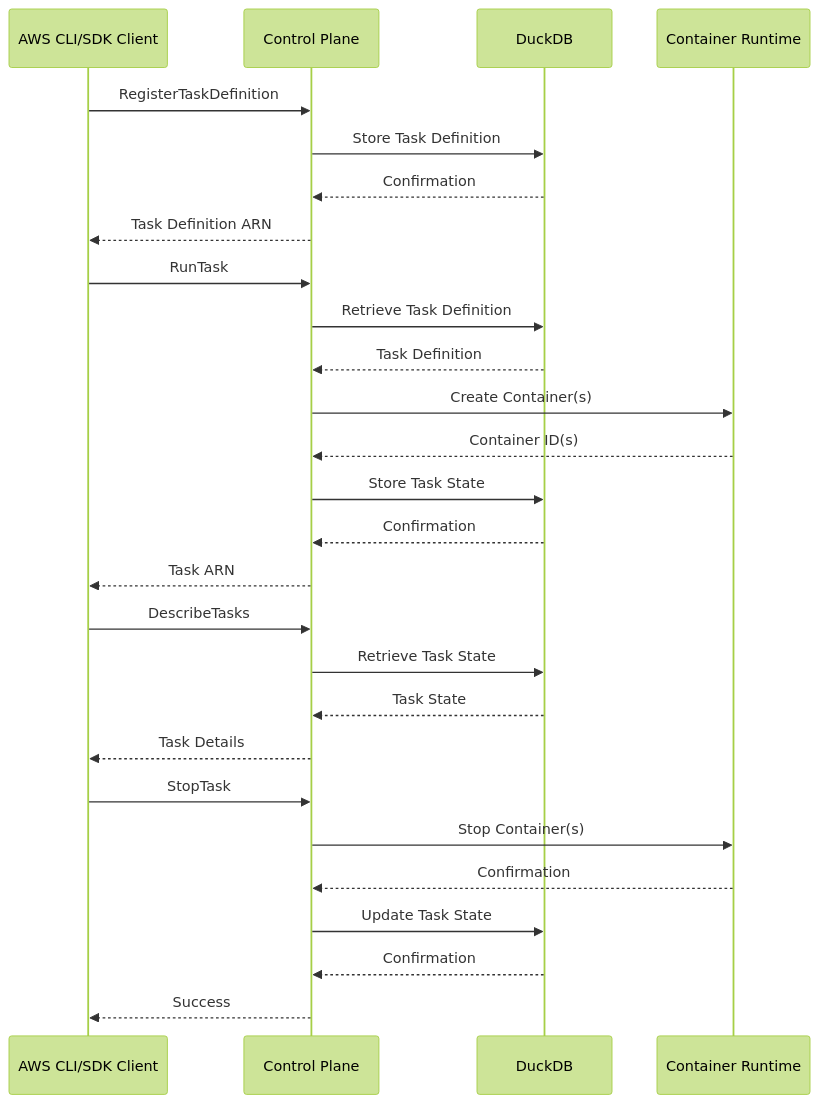
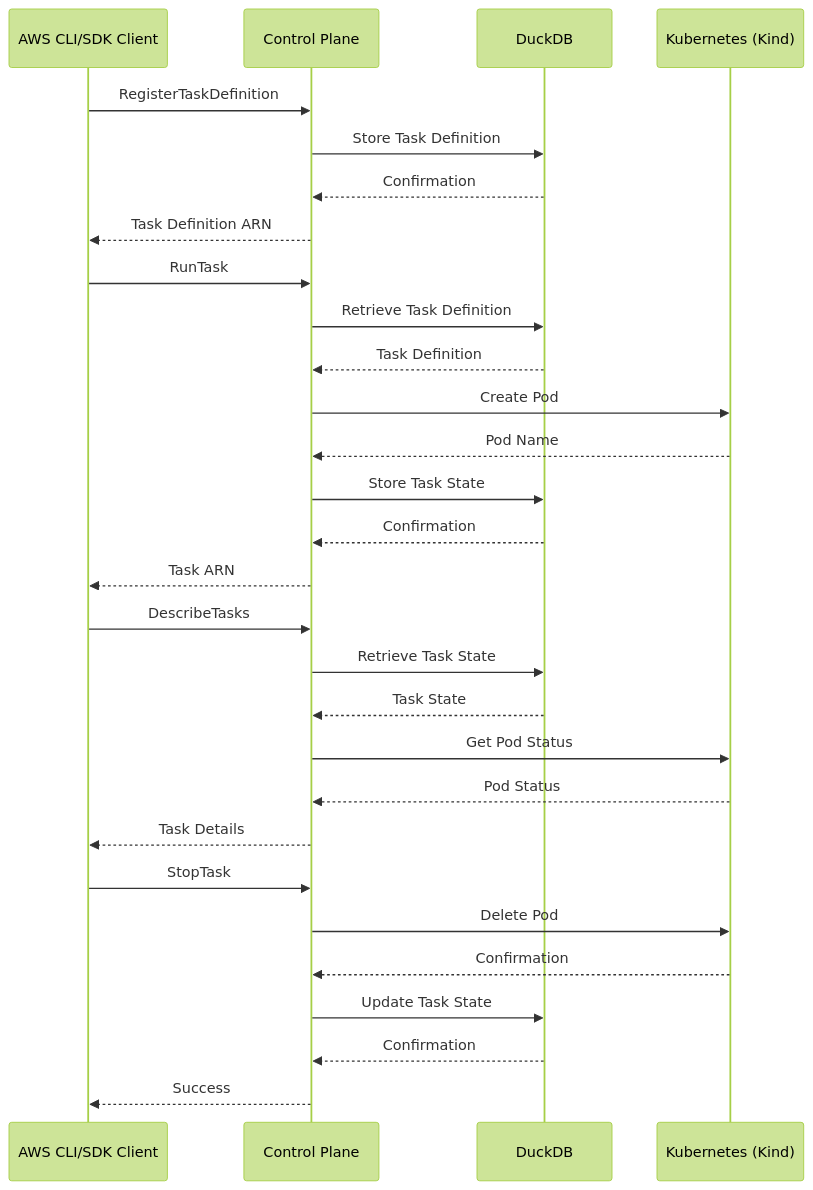
One commit to nandemo-ya/kecs changed the third of 4 diagrams in docs/adr/records/0002-architecture.md. Above: the diagram before and after it, drawn with Mermaid (forest theme). The commit also changed other lines of this file, not shown here.

First line of the commit message:
Update architecture to use Kubernetes (kind) as exclusive container runtime

````diff
--- a/docs/adr/records/0002-architecture.md
+++ b/docs/adr/records/0002-architecture.md
@@ -73,33 +86,35 @@
 ```mermaid
 sequenceDiagram
     participant Client as AWS CLI/SDK Client
     participant CP as Control Plane
     participant DB as DuckDB
-    participant Runtime as Container Runtime
+    participant K8s as Kubernetes (Kind)
     
     Client->>CP: RegisterTaskDefinition
     CP->>DB: Store Task Definition
     DB-->>CP: Confirmation
     CP-->>Client: Task Definition ARN
     
     Client->>CP: RunTask
     CP->>DB: Retrieve Task Definition
     DB-->>CP: Task Definition
-    CP->>Runtime: Create Container(s)
-    Runtime-->>CP: Container ID(s)
+    CP->>K8s: Create Pod
+    K8s-->>CP: Pod Name
     CP->>DB: Store Task State
     DB-->>CP: Confirmation
     CP-->>Client: Task ARN
     
     Client->>CP: DescribeTasks
     CP->>DB: Retrieve Task State
     DB-->>CP: Task State
+    CP->>K8s: Get Pod Status
+    K8s-->>CP: Pod Status
     CP-->>Client: Task Details
     
     Client->>CP: StopTask
-    CP->>Runtime: Stop Container(s)
-    Runtime-->>CP: Confirmation
+    CP->>K8s: Delete Pod
+    K8s-->>CP: Confirmation
     CP->>DB: Update Task State
     DB-->>CP: Confirmation
     CP-->>Client: Success
 ```
````
